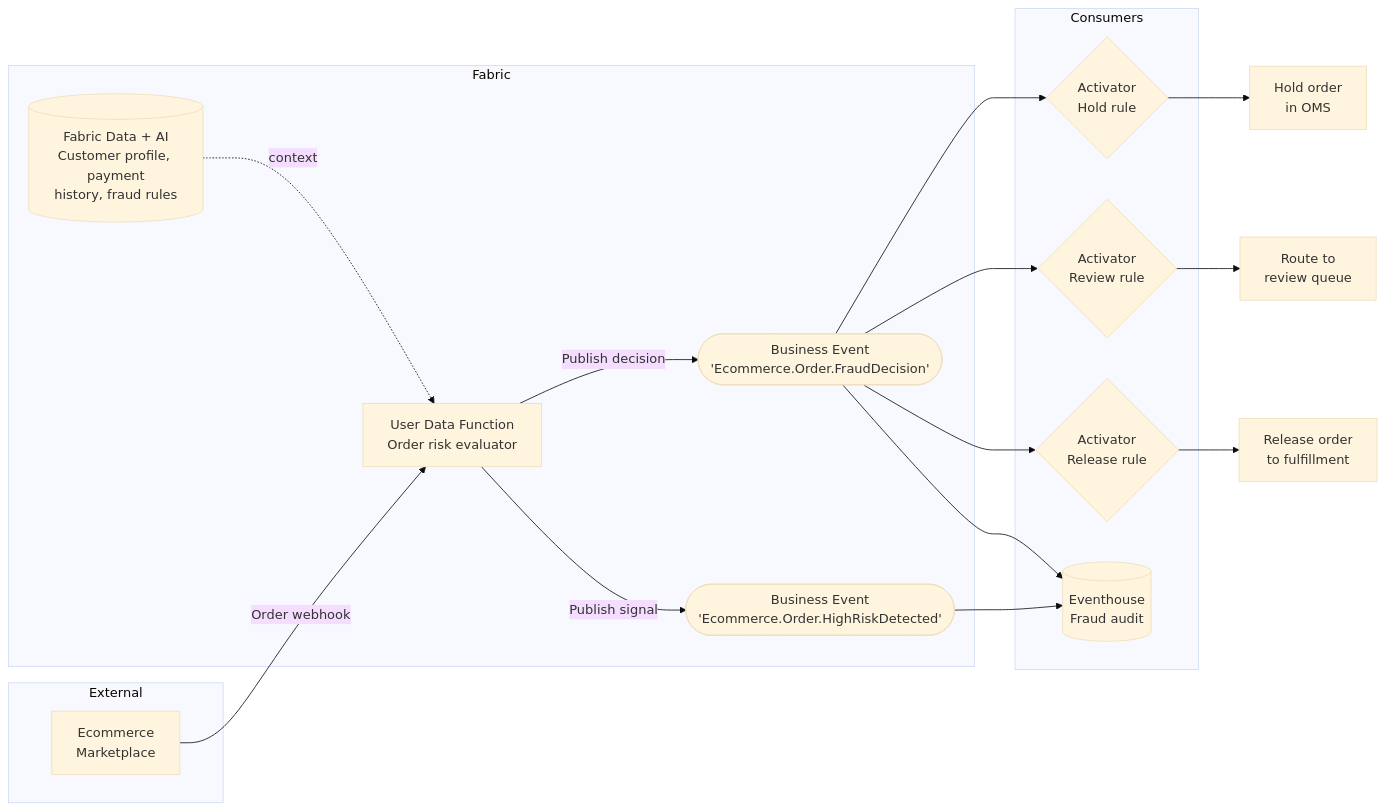
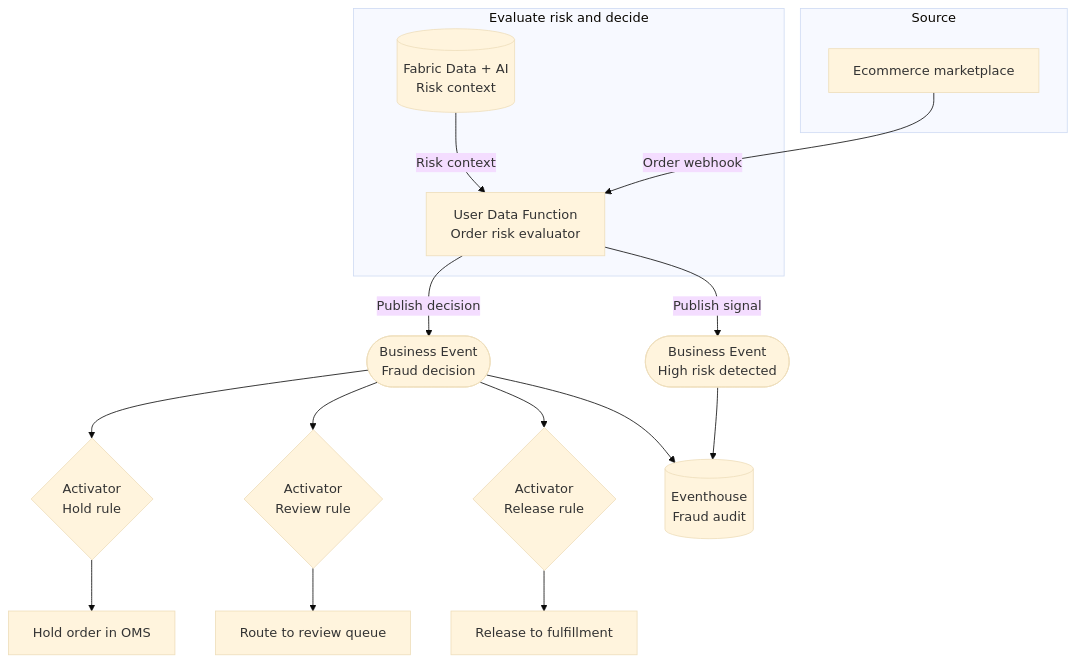
Before and after one commit to microsoft/fabric-events: the first of 2 diagrams in docs/business-events/scenarios/fraud-response-before-fulfillment.md, drawn with Mermaid (base theme). The commit also changed other lines of this file and 15 other files, not shown here.

````diff
--- a/docs/business-events/scenarios/fraud-response-before-fulfillment.md
+++ b/docs/business-events/scenarios/fraud-response-before-fulfillment.md
@@ -19,33 +19,36 @@
 ```mermaid
-flowchart LR
-    subgraph External
-        MP[Ecommerce\nMarketplace]
+flowchart TB
+    subgraph External["Source"]
+        MP["Ecommerce marketplace"]
     end
 
-    subgraph Fabric
-        UDF[User Data Function\nOrder risk evaluator]
-        FA[(Fabric Data + AI\nCustomer profile, payment\nhistory, fraud rules)]
-        BE1([Business Event\n'Ecommerce.Order.HighRiskDetected'])
-        BE2([Business Event\n'Ecommerce.Order.FraudDecision'])
+    subgraph Evaluation["Evaluate risk and decide"]
+        FA[("Fabric Data + AI<br/>Risk context")]
+        UDF["User Data Function<br/>Order risk evaluator"]
     end
 
-    subgraph Consumers
-        ACT1{Activator\nHold rule}
-        ACT2{Activator\nReview rule}
-        ACT3{Activator\nRelease rule}
-        EH[(Eventhouse\nFraud audit)]
-    end
+    BE1(["Business Event<br/>High risk detected"])
+    BE2(["Business Event<br/>Fraud decision"])
+
+    ACT1{"Activator<br/>Hold rule"}
+    ACT2{"Activator<br/>Review rule"}
+    ACT3{"Activator<br/>Release rule"}
+    HOLD["Hold order in OMS"]
+    REVIEW["Route to review queue"]
+    REL["Release to fulfillment"]
+
+    EH[("Eventhouse<br/>Fraud audit")]
 
     MP -->|Order webhook| UDF
-    FA -.->|context| UDF
+    FA -->|Risk context| UDF
     UDF -->|Publish signal| BE1
     UDF -->|Publish decision| BE2
     BE1 --> EH
     BE2 --> ACT1
     BE2 --> ACT2
     BE2 --> ACT3
     BE2 --> EH
-    ACT1 --> HOLD[Hold order\nin OMS]
-    ACT2 --> REVIEW[Route to\nreview queue]
-    ACT3 --> REL[Release order\nto fulfillment]
+    ACT1 --> HOLD
+    ACT2 --> REVIEW
+    ACT3 --> REL
 ```
````
